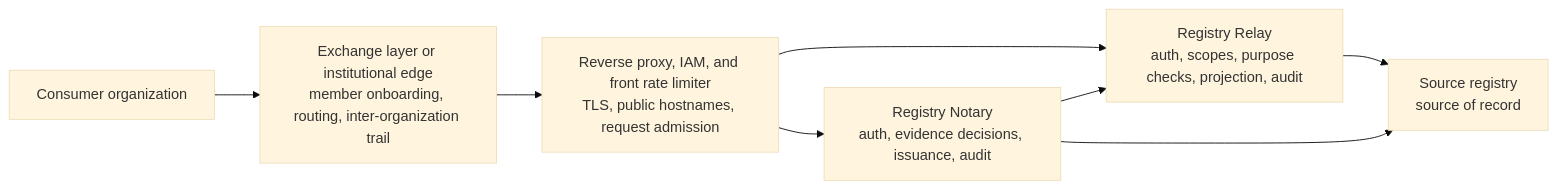
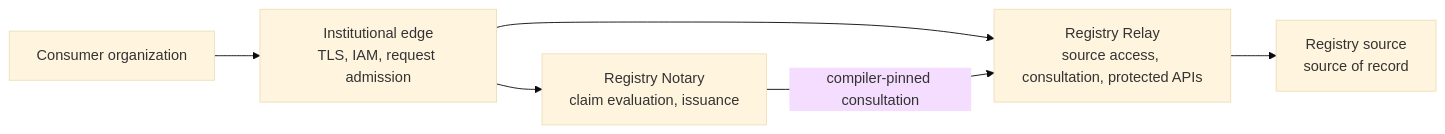
The diagram in docs/site/src/content/docs/operate/single-node-compose-behind-proxy.mdx (registrystack/registry-stack), drawn with Mermaid (base theme) before and after one commit. The commit also changed other lines of this file and 53 other files, not shown here.

````diff
--- a/docs/site/src/content/docs/operate/single-node-compose-behind-proxy.mdx
+++ b/docs/site/src/content/docs/operate/single-node-compose-behind-proxy.mdx
@@ -44,10 +35,8 @@
 ```mermaid
 flowchart LR
-  Consumer["Consumer organization"] --> Exchange["Exchange layer or institutional edge<br/>member onboarding, routing, inter-organization trail"]
-  Exchange --> Edge["Reverse proxy, IAM, and front rate limiter<br/>TLS, public hostnames, request admission"]
-  Edge --> Relay["Registry Relay<br/>auth, scopes, purpose checks, projection, audit"]
-  Edge --> Notary["Registry Notary<br/>auth, evidence decisions, issuance, audit"]
-  Notary --> Relay
-  Relay --> Source["Source registry<br/>source of record"]
-  Notary --> Source
+  Consumer["Consumer organization"] --> Edge["Institutional edge<br/>TLS, IAM, request admission"]
+  Edge --> Relay["Registry Relay<br/>source access, consultation, protected APIs"]
+  Edge --> Notary["Registry Notary<br/>claim evaluation, issuance"]
+  Notary -->|"compiler-pinned consultation"| Relay
+  Relay --> Source["Registry source<br/>source of record"]
 ```
````
